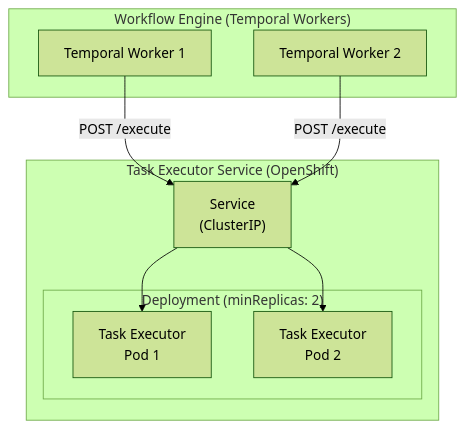
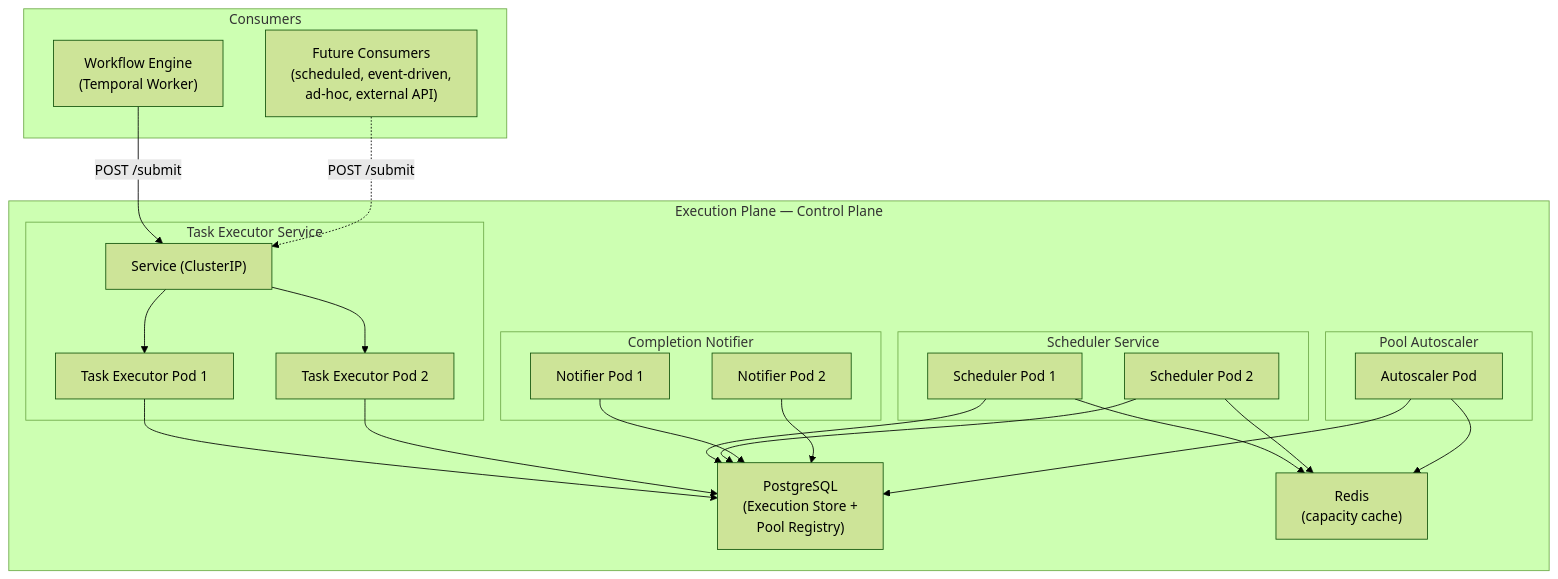
One commit to manstis/syntara changed the first of 4 diagrams in backend/docs/execution-plane-topology.md. Above: the diagram before and after it, drawn with Mermaid (forest theme). The commit also changed other lines of this file, not shown here.

````diff
--- a/backend/docs/execution-plane-topology.md
+++ b/backend/docs/execution-plane-topology.md
@@ -11,20 +34,47 @@
 ```mermaid
 graph TB
-    subgraph WF["Workflow Engine (Temporal Workers)"]
-        TW1["Temporal Worker 1"]
-        TW2["Temporal Worker 2"]
+    subgraph CONSUMERS["Consumers"]
+        WE["Workflow Engine<br/>(Temporal Worker)"]
+        FUTURE["Future Consumers<br/>(scheduled, event-driven,<br/>ad-hoc, external API)"]
     end
 
-    subgraph SVC["Task Executor Service (OpenShift)"]
-        S["Service<br/>(ClusterIP)"]
-        subgraph DEP["Deployment (minReplicas: 2)"]
-            TE1["Task Executor<br/>Pod 1"]
-            TE2["Task Executor<br/>Pod 2"]
+    subgraph CONTROL["Execution Plane — Control Plane"]
+        subgraph TE_SVC["Task Executor Service"]
+            TE_S["Service (ClusterIP)"]
+            TE1["Task Executor Pod 1"]
+            TE2["Task Executor Pod 2"]
         end
+
+        subgraph SCHED_SVC["Scheduler Service"]
+            S1["Scheduler Pod 1"]
+            S2["Scheduler Pod 2"]
+        end
+
+        subgraph CN_SVC["Completion Notifier"]
+            CN1["Notifier Pod 1"]
+            CN2["Notifier Pod 2"]
+        end
+
+        subgraph PA_SVC["Pool Autoscaler"]
+            PA1["Autoscaler Pod"]
+        end
+
+        DB["PostgreSQL<br/>(Execution Store +<br/>Pool Registry)"]
+        RD["Redis<br/>(capacity cache)"]
     end
 
-    TW1 -->|"POST /execute"| S
-    TW2 -->|"POST /execute"| S
-    S --> TE1
-    S --> TE2
+    WE -->|"POST /submit"| TE_S
+    FUTURE -.->|"POST /submit"| TE_S
+    TE_S --> TE1
+    TE_S --> TE2
+    TE1 --> DB
+    TE2 --> DB
+    S1 --> DB
+    S2 --> DB
+    S1 --> RD
+    S2 --> RD
+    CN1 --> DB
+    CN2 --> DB
+    PA1 --> DB
+    PA1 --> RD
 ```
````
